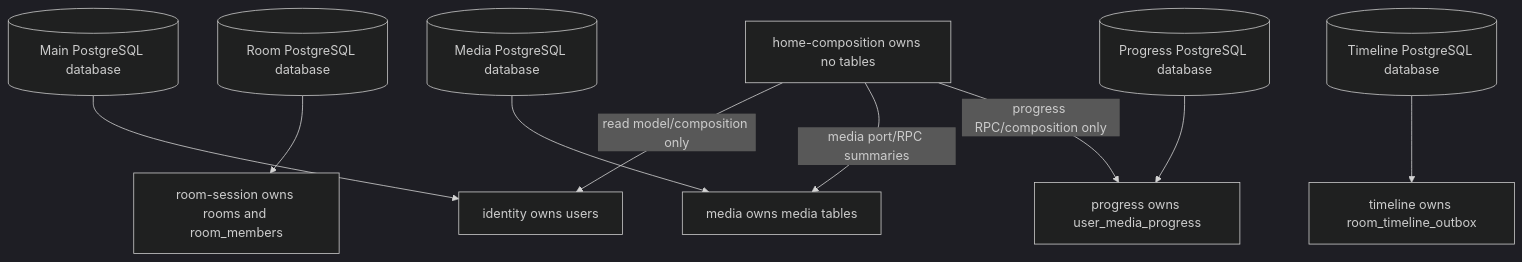
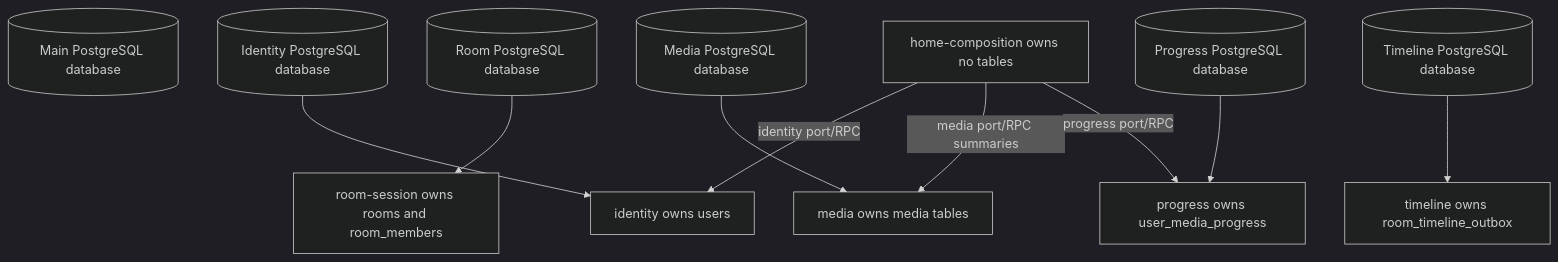
Before and after one commit to sunboyZgz/watch_together: the second of 9 diagrams in docs/distributed-architecture.md, drawn with Mermaid (dark theme). The commit also changed other lines of this file and 23 other files, not shown here.

````diff
--- a/docs/distributed-architecture.md
+++ b/docs/distributed-architecture.md
@@ -110,23 +121,24 @@
 ```mermaid
 flowchart TD
   MainPG[(Main PostgreSQL database)]
+  IdentityPG[(Identity PostgreSQL database)]
   RoomPG[(Room PostgreSQL database)]
   MediaPG[(Media PostgreSQL database)]
   ProgressPG[(Progress PostgreSQL database)]
   TimelinePG[(Timeline PostgreSQL database)]
   Identity[identity owns users]
   Media[media owns media tables]
   RoomSession[room-session owns rooms and room_members]
   Progress[progress owns user_media_progress]
   Timeline[timeline owns room_timeline_outbox]
   Home[home-composition owns no tables]
 
-  MainPG --> Identity
+  IdentityPG --> Identity
   MediaPG --> Media
   RoomPG --> RoomSession
   ProgressPG --> Progress
   TimelinePG --> Timeline
-  Home -->|read model/composition only| Identity
+  Home -->|identity port/RPC| Identity
   Home -->|media port/RPC summaries| Media
-  Home -->|progress RPC/composition only| Progress
+  Home -->|progress port/RPC| Progress
 ```
````
